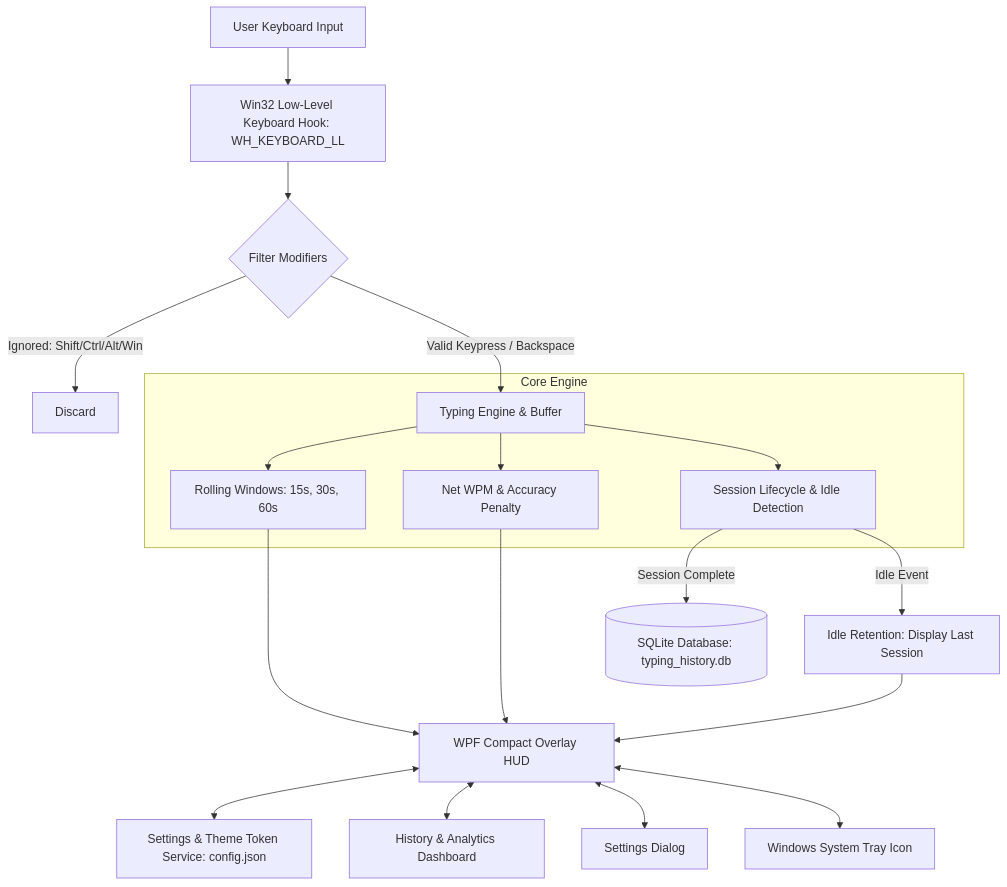
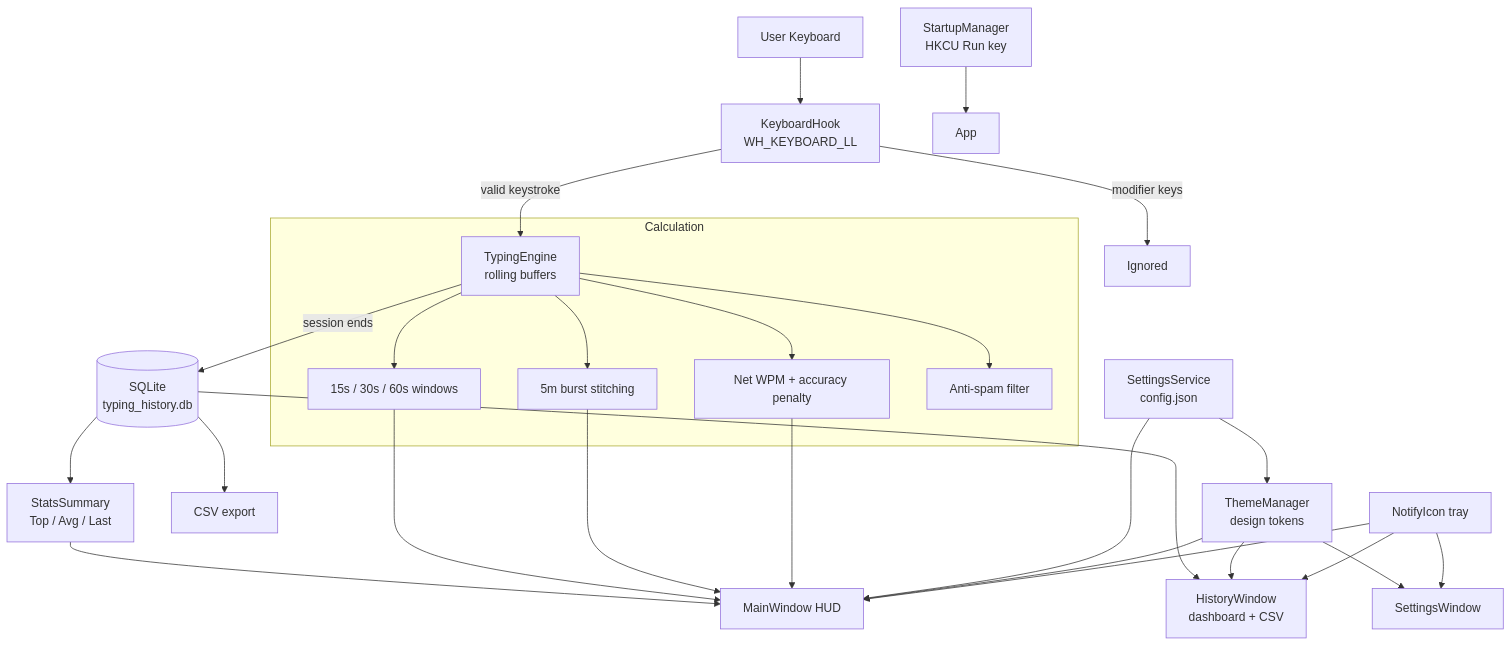
The first of 4 diagrams in docs/ARCHITECTURE.md (Mostakim2005/wpm), drawn with Mermaid before and after one commit. The commit also changed other lines of this file and 15 other files, not shown here.

````diff
--- a/docs/ARCHITECTURE.md
+++ b/docs/ARCHITECTURE.md
@@ -13,25 +6,34 @@
 ```mermaid
-flowchart TD
-    UserKeyboard[User Keyboard Input] --> WinHook[Win32 Low-Level Keyboard Hook: WH_KEYBOARD_LL]
-    WinHook --> KeyFilter{Filter Modifiers}
-    KeyFilter -- Ignored: Shift/Ctrl/Alt/Win --> Ignore[Discard]
-    KeyFilter -- Valid Keypress / Backspace --> TypingEngine[Typing Engine & Buffer]
-    
-    subgraph Core Engine
-        TypingEngine --> SlidingCalc[Rolling Windows: 15s, 30s, 60s]
-        TypingEngine --> NetCalc[Net WPM & Accuracy Penalty]
-        TypingEngine --> SessionMgr[Session Lifecycle & Idle Detection]
+flowchart TB
+    Keyboard[User Keyboard] --> Hook[KeyboardHook<br/>WH_KEYBOARD_LL]
+    Hook -->|valid keystroke| Engine[TypingEngine<br/>rolling buffers]
+    Hook -->|modifier keys| Drop[Ignored]
+
+    subgraph Calculation
+        Engine --> Windows[15s / 30s / 60s windows]
+        Engine --> Sustained[5m burst stitching]
+        Engine --> Accuracy[Net WPM + accuracy penalty]
+        Engine --> Filter[Anti-spam filter]
     end
 
-    SessionMgr -- Session Complete --> SQLiteDb[(SQLite Database: typing_history.db)]
-    SessionMgr -- Idle Event --> IdleRetention[Idle Retention: Display Last Session]
-    
-    SlidingCalc --> OverlayHUD[WPF Compact Overlay HUD]
-    NetCalc --> OverlayHUD
-    IdleRetention --> OverlayHUD
+    Engine -->|session ends| DB[(SQLite<br/>typing_history.db)]
+    DB --> Summary[StatsSummary<br/>Top / Avg / Last]
+    DB --> History[HistoryWindow<br/>dashboard + CSV]
+    DB --> Export[CSV export]
 
-    OverlayHUD <--> SettingsService[Settings & Theme Token Service: config.json]
-    OverlayHUD <--> HistoryUI[History & Analytics Dashboard]
-    OverlayHUD <--> SettingsUI[Settings Dialog]
-    OverlayHUD <--> TrayIcon[Windows System Tray Icon]
+    Summary --> HUD[MainWindow HUD]
+    Windows --> HUD
+    Sustained --> HUD
+    Accuracy --> HUD
+
+    Settings[SettingsService<br/>config.json] --> HUD
+    Settings --> Theme[ThemeManager<br/>design tokens]
+    Theme --> HUD
+    Theme --> History
+    Theme --> SettingsUI[SettingsWindow]
+
+    Tray[NotifyIcon tray] --> HUD
+    Tray --> History
+    Tray --> SettingsUI
+    Startup[StartupManager<br/>HKCU Run key] --> App
 ```
````
